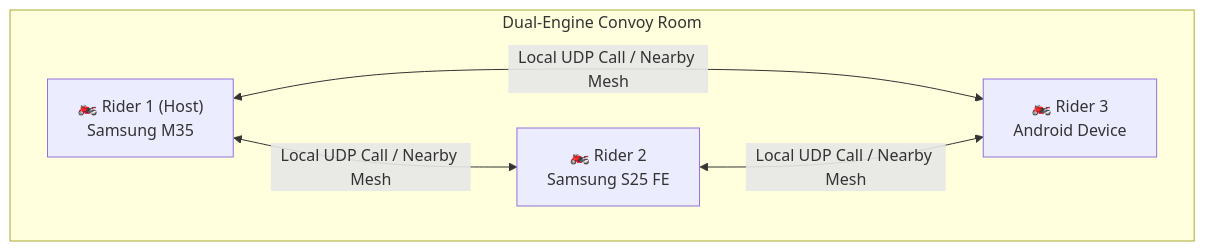
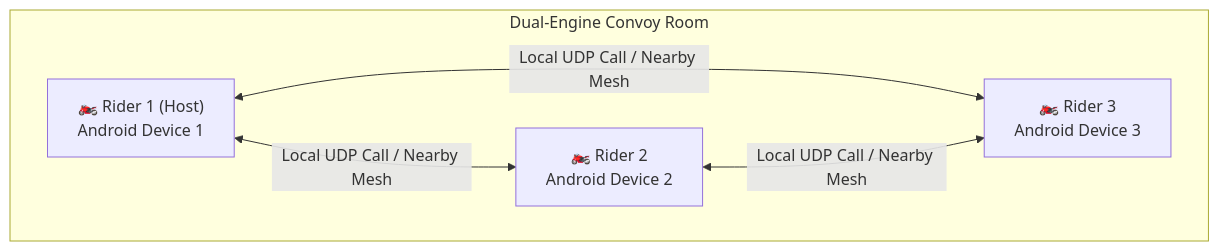
Before and after one commit to piyushmali61/bike-ride-project: the diagram in README.md, drawn with Mermaid. The commit also changed other lines of this file and 7 other files, not shown here.

Commit message:
chore: Remove device brand tags and generalize intercom for all Android devices

````diff
--- a/README.md
+++ b/README.md
@@ -53,8 +53,8 @@
 ```mermaid
 graph TD
     subgraph "Dual-Engine Convoy Room"
-        Biker1["🏍️ Rider 1 (Host)<br/>Samsung M35"] <-->|Local UDP Call / Nearby Mesh| Biker2["🏍️ Rider 2<br/>Samsung S25 FE"]
-        Biker1 <-->|Local UDP Call / Nearby Mesh| Biker3["🏍️ Rider 3<br/>Android Device"]
+        Biker1["🏍️ Rider 1 (Host)<br/>Android Device 1"] <-->|Local UDP Call / Nearby Mesh| Biker2["🏍️ Rider 2<br/>Android Device 2"]
+        Biker1 <-->|Local UDP Call / Nearby Mesh| Biker3["🏍️ Rider 3<br/>Android Device 3"]
         Biker2 <-->|Local UDP Call / Nearby Mesh| Biker3
     end
 ```
````
